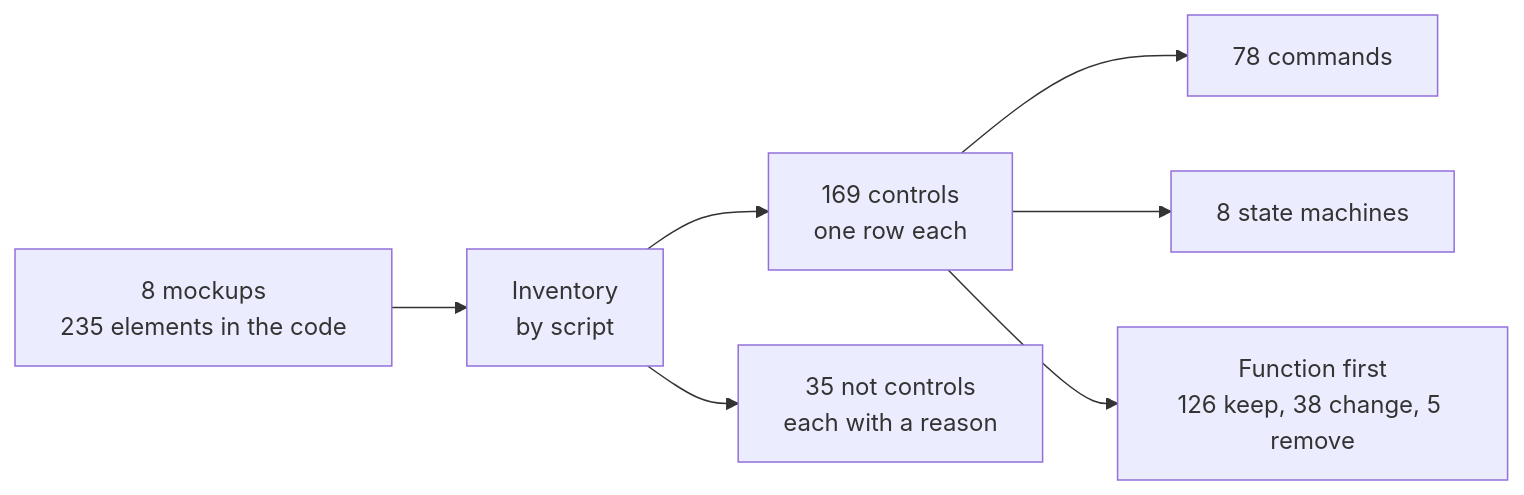
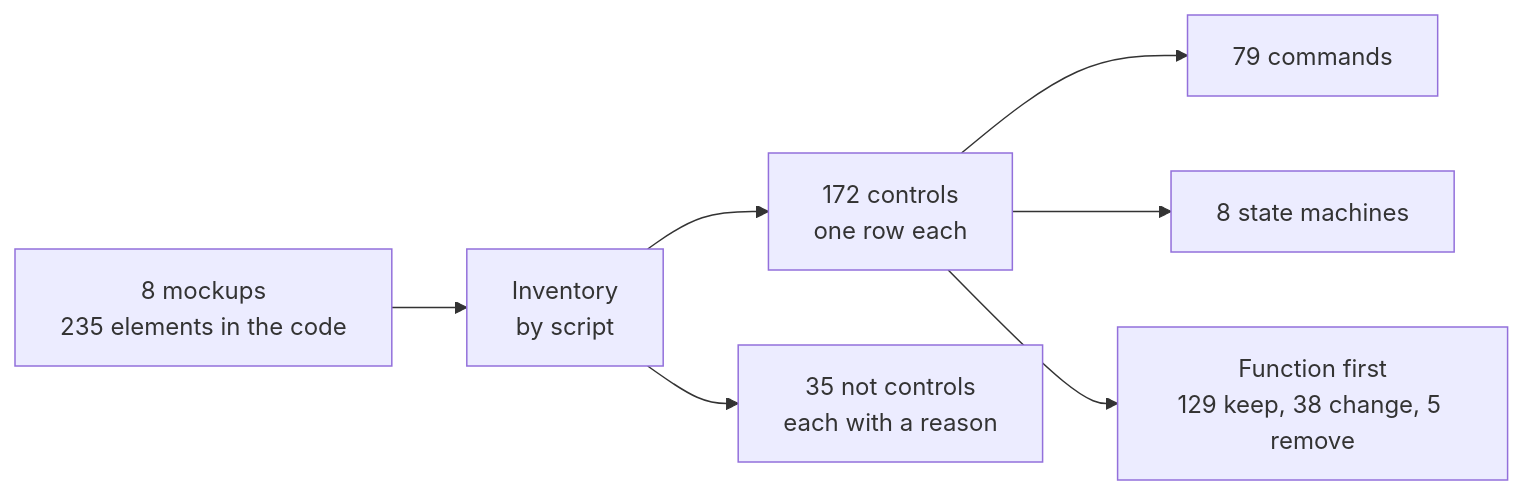
The first of 9 diagrams in docs/design/controls.md (abossard/bossylights), drawn with Mermaid before and after one commit. The commit also changed other lines of this file and 16 other files, not shown here.

````diff
--- a/docs/design/controls.md
+++ b/docs/design/controls.md
@@ -6,9 +6,9 @@
 ```mermaid
 flowchart LR
   M["8 mockups<br/>235 elements in the code"] --> I["Inventory<br/>by script"]
-  I --> R["169 controls<br/>one row each"]
+  I --> R["172 controls<br/>one row each"]
   I --> N["35 not controls<br/>each with a reason"]
-  R --> C["78 commands"]
+  R --> C["79 commands"]
   R --> S["8 state machines"]
-  R --> F["Function first<br/>126 keep, 38 change, 5 remove"]
+  R --> F["Function first<br/>129 keep, 38 change, 5 remove"]
 ```
````
